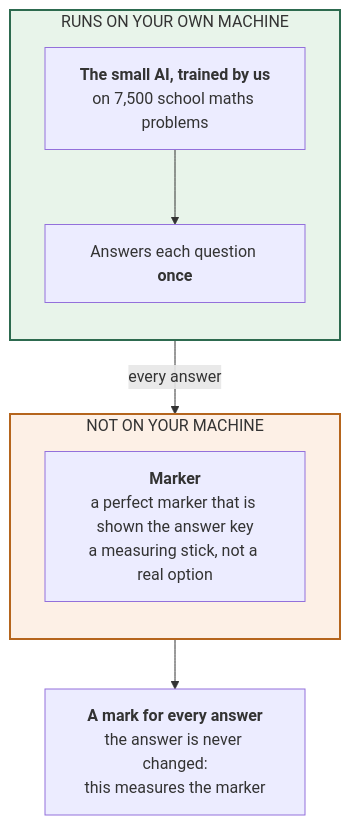
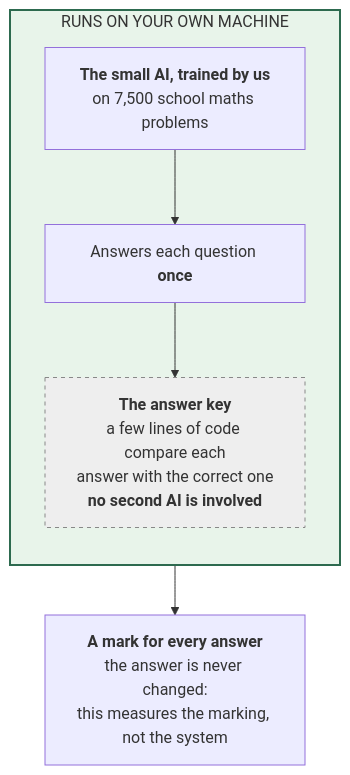
Before and after one commit to SaminYeaserKhan/gemma4-finetune: the first of 2 diagrams in docs/experiments/07_finetuned-model+perfect-checker-marks-all-answers/README.md, drawn with Mermaid. The commit also changed other lines of this file and 10 other files, not shown here.

````diff
--- a/docs/experiments/07_finetuned-model+perfect-checker-marks-all-answers/README.md
+++ b/docs/experiments/07_finetuned-model+perfect-checker-marks-all-answers/README.md
@@ -50,17 +50,14 @@
 ```mermaid
 flowchart TB
     subgraph DEV["RUNS ON YOUR OWN MACHINE"]
         direction TB
         SOLVER["<b>The small AI, trained by us</b><br/>on 7,500 school maths problems"]
         ONE["Answers each question <b>once</b>"]
         SOLVER --> ONE
+        KEY["<b>The answer key</b><br/>a few lines of code compare each<br/>answer with the correct one<br/><b>no second AI is involved</b>"]
+        ONE --> KEY
     end
-    subgraph OFF["NOT ON YOUR MACHINE"]
-        direction TB
-        CHECK["<b>Marker</b><br/>a perfect marker that is shown the answer key<br/>a measuring stick, not a real option"]
-    end
-    ONE -->|every answer| CHECK
-    CHECK --> SCORE["<b>A mark for every answer</b><br/>the answer is never changed:<br/>this measures the marker"]
+    KEY --> SCORE["<b>A mark for every answer</b><br/>the answer is never changed:<br/>this measures the marking, not the system"]
     style DEV fill:#e8f4ea,stroke:#2d6a4f,stroke-width:2px
-    style OFF fill:#fdf0e6,stroke:#b5651d,stroke-width:2px
+    style KEY fill:#eeeeee,stroke:#888,stroke-dasharray: 4 4
 ```
````
